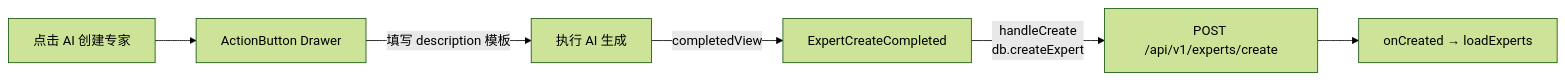
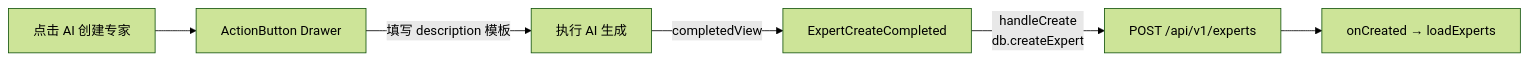
The first of 4 diagrams in frontend/src/help/pages/experts-create.md (weibaohui/ntd), drawn with Mermaid (forest theme) before and after one commit. The commit also changed other lines of this file and 14 other files, not shown here.

````diff
--- a/frontend/src/help/pages/experts-create.md
+++ b/frontend/src/help/pages/experts-create.md
@@ -8,8 +8,8 @@
 ```mermaid
 flowchart LR
   User["点击 AI 创建专家"] --> ActionButton["ActionButton Drawer"]
   ActionButton -->|"填写 description 模板"| Execute["执行 AI 生成"]
   Execute -->|"completedView"| ExpertCreateCompleted["ExpertCreateCompleted"]
-  ExpertCreateCompleted -->|"handleCreate<br>db.createExpert"| API["POST /api/v1/experts/create"]
+  ExpertCreateCompleted -->|"handleCreate<br>db.createExpert"| API["POST /api/v1/experts"]
   API --> onCreated["onCreated → loadExperts"]
 ```
````
